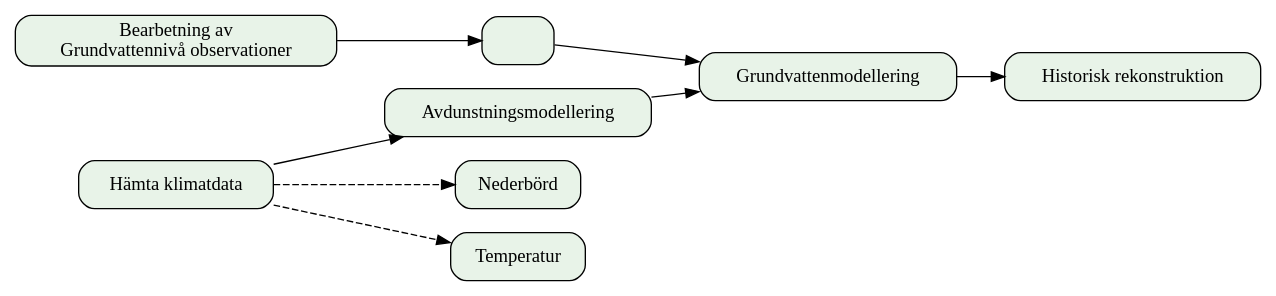
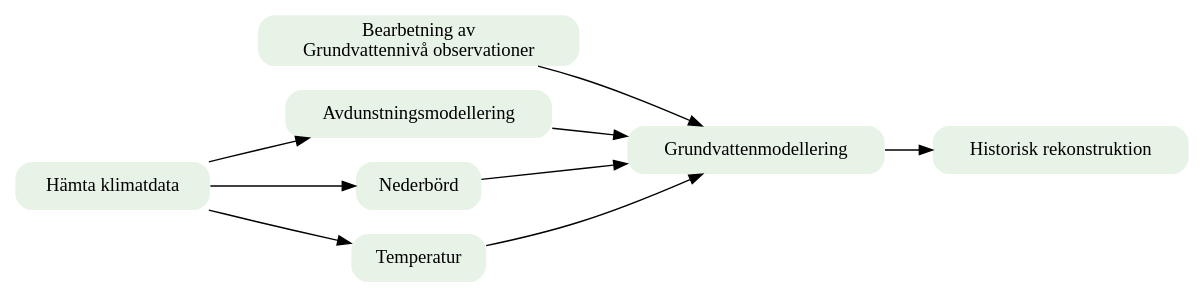
Before and after one commit to ezra-haaf/Hydrogeologiska-storningar: the diagram in handledning/flowcharts/larmnivaer.rst, drawn with Graphviz. The commit also changed other lines of this file, not shown here.

Commit message:
small graph edits

```diff
--- a/handledning/flowcharts/larmnivaer.rst
+++ b/handledning/flowcharts/larmnivaer.rst
@@ -9,23 +11,23 @@
 .. graphviz::
 
    digraph G {
      rankdir=LR;
-     node [shape=box, style="rounded,filled", fillcolor="#e8f3e8"];
+     node [shape=box, style="rounded,filled", fillcolor="#e8f3e8", penwidth=0];
 
      GWOBS [label="Bearbetning av\nGrundvattennivå observationer", URL="../examples/kompensation.html", target="_top"];
      KLIMAT [label="Hämta klimatdata", URL="../examples/klimatdata.html", target="_top"];
      AVD    [label="Avdunstningsmodellering", URL="../examples/avdunstning.html", target="_top"];
      GWMOD  [label="Grundvattenmodellering", URL="../examples/kalibrering.html", target="_top"];
      HIST   [label="Historisk rekonstruktion", URL="../examples/hindcasting.html", target="_top"];
      NED    [label="Nederbörd", URL="../examples/nederbord.html", target="_top"];
      TEMP   [label="Temperatur", URL="../examples/temperatur.html", target="_top"];
-     PL     [label=""];
 
      KLIMAT -> AVD;
-     GWOBS -> PL;
-     PL -> GWMOD;
+     GWOBS -> GWMOD;
      AVD -> GWMOD;
      GWMOD -> HIST;
-     KLIMAT -> NED  [style=dashed];
-     KLIMAT -> TEMP [style=dashed];
+     KLIMAT -> NED ;
+     NED -> GWMOD;
+     KLIMAT -> TEMP;
+     TEMP -> GWMOD;
    }
```
